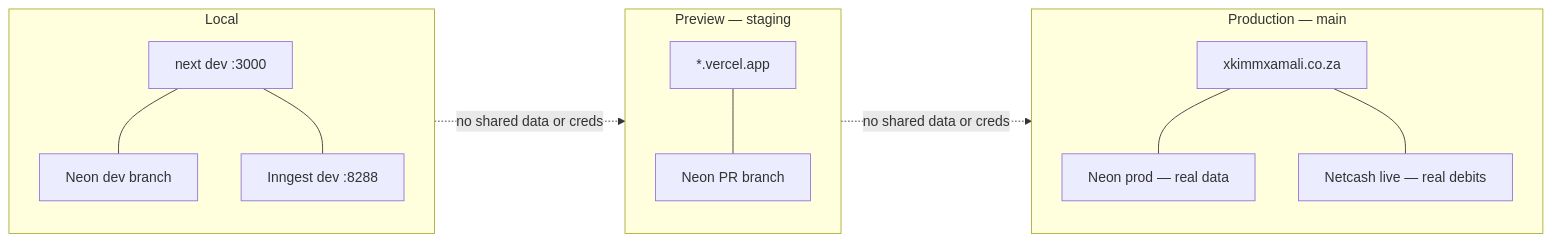
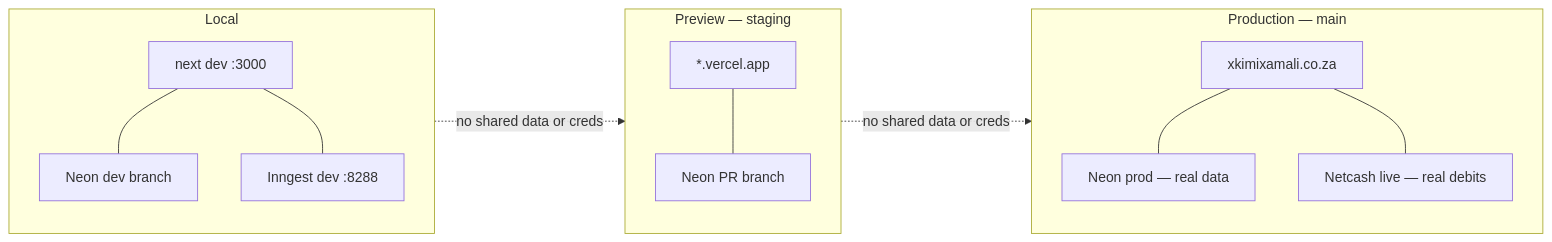
Before and after one commit to KSDRILL-SA/Xkimi-Xa-Mali: the third of 3 diagrams in docs/architecture/04-infrastructure-deployment.md, drawn with Mermaid. The commit also changed 99 other files, not shown here.

````diff
--- a/docs/architecture/04-infrastructure-deployment.md
+++ b/docs/architecture/04-infrastructure-deployment.md
@@ -78,15 +78,15 @@
 ```mermaid
 flowchart LR
     subgraph L["Local"]
         LA["next dev :3000"] --- LDB["Neon dev branch"]
         LA --- LIN["Inngest dev :8288"]
     end
     subgraph P["Preview — staging"]
         PA["*.vercel.app"] --- PDB["Neon PR branch"]
     end
     subgraph PR["Production — main"]
-        PRA["xkimmxamali.co.za"] --- PRDB["Neon prod — real data"]
+        PRA["xkimixamali.co.za"] --- PRDB["Neon prod — real data"]
         PRA --- PRNC["Netcash live — real debits"]
     end
     L -.->|no shared data or creds| P -.->|no shared data or creds| PR
 ```
````
